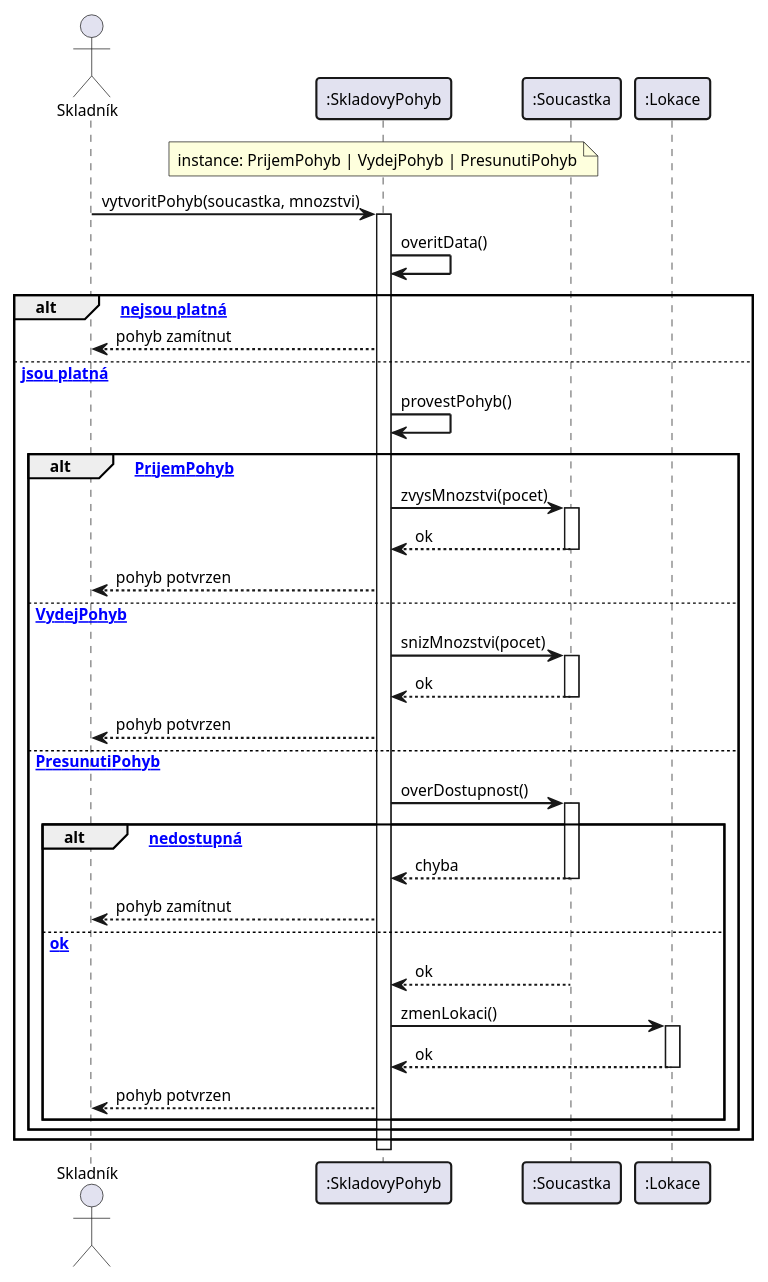
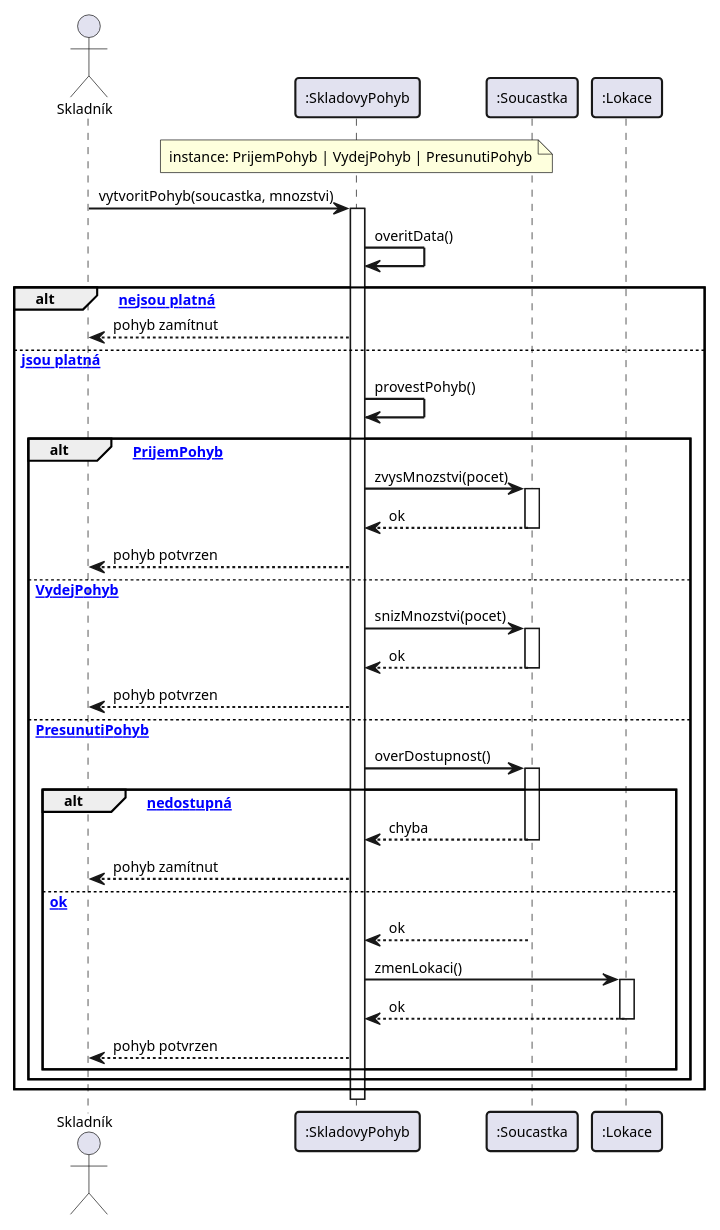
The diagram in diagrams/13_sequence_pohyb.puml (lkvapil/kOdevzdaniProjektWMS), drawn with PlantUML before and after one commit. The commit also changed 4 other files, not shown here.

Commit message:
fix: zmenseni sekvencniho diagramu

```diff
--- a/diagrams/13_sequence_pohyb.puml
+++ b/diagrams/13_sequence_pohyb.puml
@@ -1,59 +1,59 @@
 @startuml
-skinparam defaultFontSize 11
+skinparam defaultFontSize 10
 skinparam sequenceArrowThickness 1.5
 skinparam sequenceParticipantBorderThickness 1.5
 skinparam sequenceGroupBorderThickness 1.5
 
 actor "Skladník" as Uzivatel
 participant ":SkladovyPohyb" as Pohyb
 note over Pohyb : instance: PrijemPohyb | VydejPohyb | PresunutiPohyb
 participant ":Soucastka" as Soucastka
 participant ":Lokace" as Lokace
 
 Uzivatel -> Pohyb : vytvoritPohyb(soucastka, mnozstvi)
 activate Pohyb
 
 Pohyb -> Pohyb : overitData()
 
 alt [data nejsou platná]
     Pohyb --> Uzivatel : pohyb zamítnut
 
 else [data jsou platná]
     Pohyb -> Pohyb : provestPohyb()
 
     alt [PrijemPohyb]
         Pohyb -> Soucastka : zvysMnozstvi(pocet)
         activate Soucastka
         Soucastka --> Pohyb : ok
         deactivate Soucastka
         Pohyb --> Uzivatel : pohyb potvrzen
 
     else [VydejPohyb]
         Pohyb -> Soucastka : snizMnozstvi(pocet)
         activate Soucastka
         Soucastka --> Pohyb : ok
         deactivate Soucastka
         Pohyb --> Uzivatel : pohyb potvrzen
 
     else [PresunutiPohyb]
         Pohyb -> Soucastka : overDostupnost()
         activate Soucastka
         alt [součástka nedostupná]
             Soucastka --> Pohyb : chyba
             deactivate Soucastka
             Pohyb --> Uzivatel : pohyb zamítnut
         else [ok]
             Soucastka --> Pohyb : ok
             deactivate Soucastka
             Pohyb -> Lokace : zmenLokaci()
             activate Lokace
             Lokace --> Pohyb : ok
             deactivate Lokace
             Pohyb --> Uzivatel : pohyb potvrzen
         end
     end
 end
 
 deactivate Pohyb
 
 @enduml
```
